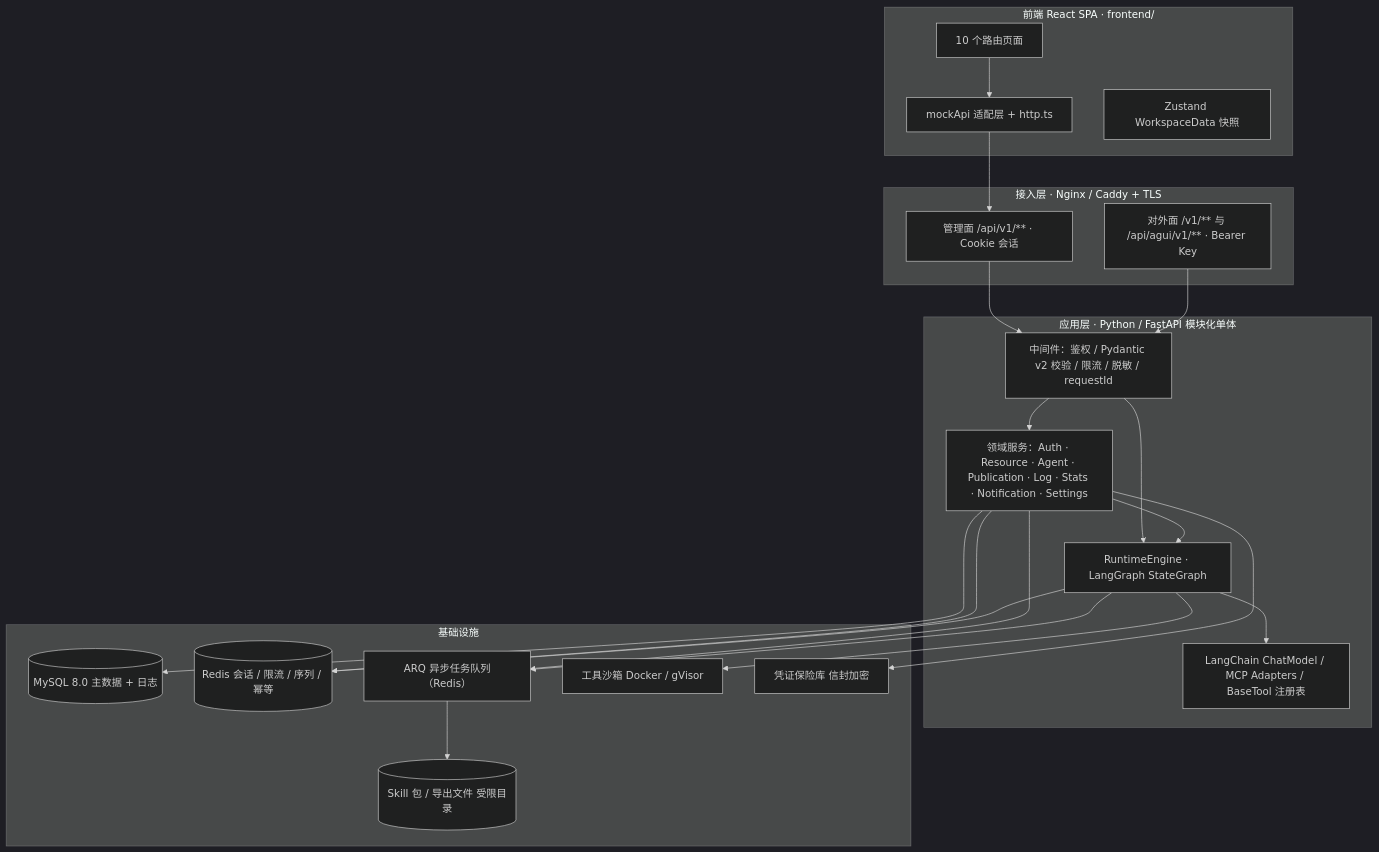
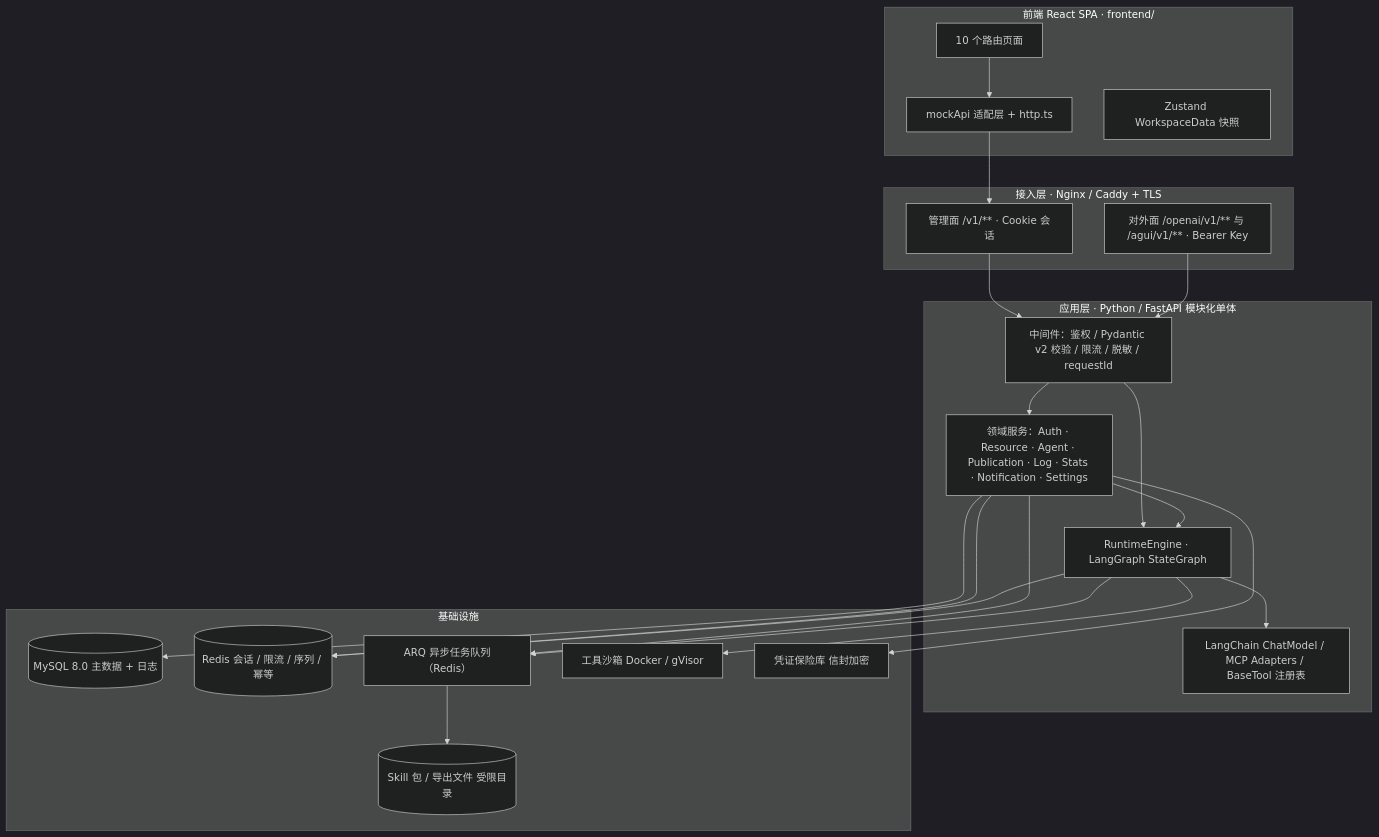
The first of 2 diagrams in docs/后端系统架构设计.md (eyesyeager/albedo), drawn with Mermaid (dark theme) before and after one commit. The commit also changed other lines of this file and 44 other files, not shown here.

````diff
--- a/docs/后端系统架构设计.md
+++ b/docs/后端系统架构设计.md
@@ -46,35 +46,35 @@
 ```mermaid
 flowchart TB
   subgraph FE["前端 React SPA · frontend/"]
     Pages["10 个路由页面"]
     Adapter["mockApi 适配层 + http.ts"]
     Store["Zustand WorkspaceData 快照"]
   end
   subgraph EDGE["接入层 · Nginx / Caddy + TLS"]
-    ADMIN["管理面 /api/v1/** · Cookie 会话"]
-    PUB["对外面 /v1/** 与 /api/agui/v1/** · Bearer Key"]
+    ADMIN["管理面 /v1/** · Cookie 会话"]
+    PUB["对外面 /openai/v1/** 与 /agui/v1/** · Bearer Key"]
   end
   subgraph APP["应用层 · Python / FastAPI 模块化单体"]
     MW["中间件：鉴权 / Pydantic v2 校验 / 限流 / 脱敏 / requestId"]
     SVC["领域服务：Auth · Resource · Agent · Publication · Log · Stats · Notification · Settings"]
     ENGINE["RuntimeEngine · LangGraph StateGraph"]
     GW["LangChain ChatModel / MCP Adapters / BaseTool 注册表"]
   end
   subgraph INFRA["基础设施"]
     MY[("MySQL 8.0 主数据 + 日志")]
     RD[("Redis 会话 / 限流 / 序列 / 幂等")]
     Q["ARQ 异步任务队列（Redis）"]
     FS[("Skill 包 / 导出文件 受限目录")]
     SBX["工具沙箱 Docker / gVisor"]
     VAULT["凭证保险库 信封加密"]
   end
   Pages --> Adapter --> ADMIN --> MW --> SVC --> MY
   PUB --> MW --> ENGINE
   SVC --> ENGINE --> GW
   ENGINE --> SBX
   SVC --> VAULT
   SVC --> RD
   ENGINE --> RD
   SVC --> Q --> FS
   ENGINE --> Q
 ```
````
